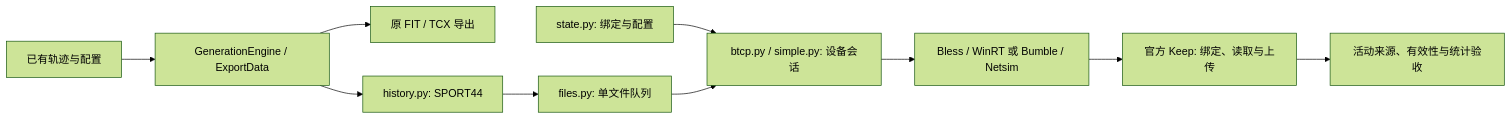
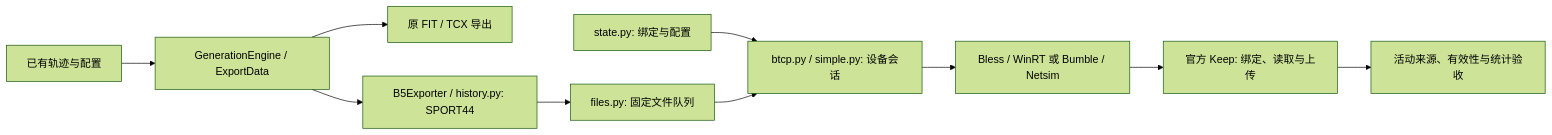
The diagram in docs/architecture.md (EmberCollective/CampusRunning), drawn with Mermaid (forest theme) before and after one commit. The commit also changed other lines of this file and 25 other files, not shown here.

````diff
--- a/docs/architecture.md
+++ b/docs/architecture.md
@@ -89,12 +89,12 @@
 ```mermaid
 flowchart LR
     A[已有轨迹与配置] --> B[GenerationEngine / ExportData]
     B --> C[原 FIT / TCX 导出]
-    B --> D[history.py: SPORT44]
-    D --> E[files.py: 单文件队列]
+    B --> D[B5Exporter / history.py: SPORT44]
+    D --> E[files.py: 固定文件队列]
     S[state.py: 绑定与配置] --> F[btcp.py / simple.py: 设备会话]
     E --> F
     F --> G[Bless / WinRT 或 Bumble / Netsim]
     G --> H[官方 Keep: 绑定、读取与上传]
     H --> I[活动来源、有效性与统计验收]
 ```
````
